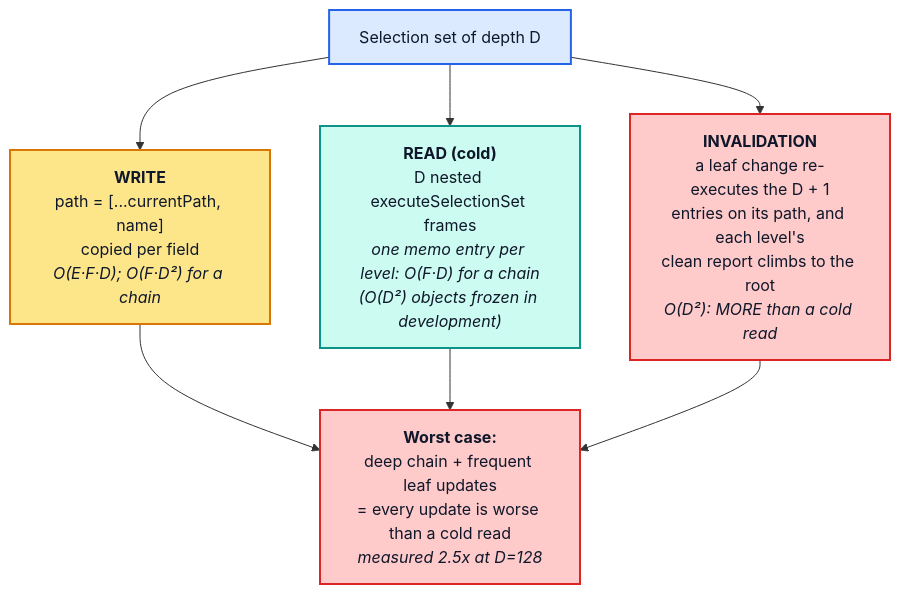
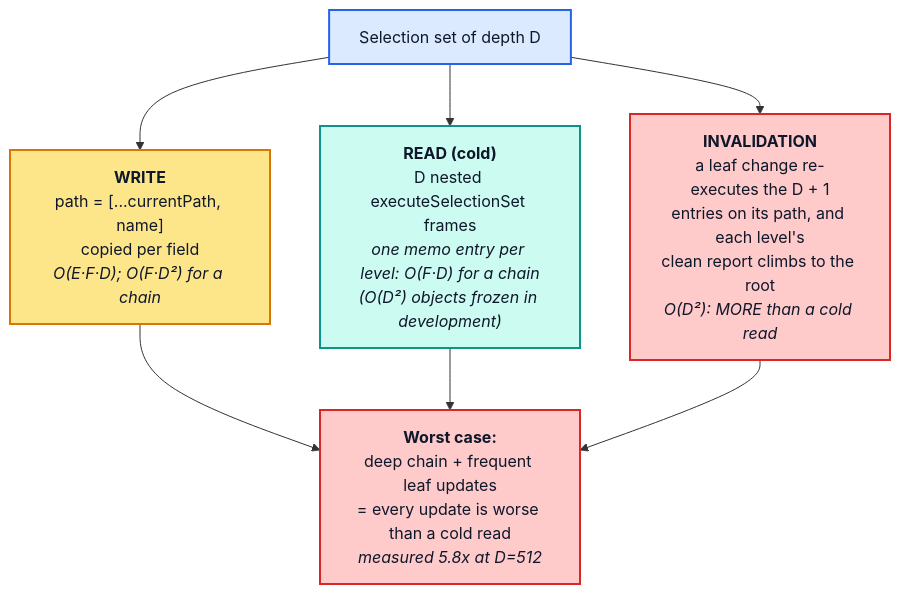
One commit to convict-git/fast-gql-cache-rs changed the first of 3 diagrams in docs/performance/07-structural-stress.md. Above: the diagram before and after it, drawn with Mermaid. The commit also changed other lines of this file and 8 other files, not shown here.

````diff
--- a/docs/performance/07-structural-stress.md
+++ b/docs/performance/07-structural-stress.md
@@ -35,17 +35,17 @@
 ```mermaid
 flowchart TB
     D["Selection set of depth D"]:::api
 
     D --> W["<b>WRITE</b><br/>path = [...currentPath, name]<br/>copied per field<br/><i>O(E·F·D); O(F·D²) for a chain</i>"]:::write
     D --> R["<b>READ (cold)</b><br/>D nested executeSelectionSet frames<br/><i>one memo entry per level: O(F·D) for a chain<br/>(O(D²) objects frozen in development)</i>"]:::read
     D --> I["<b>INVALIDATION</b><br/>a leaf change re-executes the D + 1<br/>entries on its path, and each level's<br/>clean report climbs to the root<br/><i>O(D²): MORE than a cold read</i>"]:::dirty
 
-    W --> WORST["<b>Worst case:</b><br/>deep chain + frequent leaf updates<br/>= every update is worse than a cold read<br/><i>measured 2.5x at D=128</i>"]:::dirty
+    W --> WORST["<b>Worst case:</b><br/>deep chain + frequent leaf updates<br/>= every update is worse than a cold read<br/><i>measured 5.8x at D=512</i>"]:::dirty
     R --> WORST
     I --> WORST
 
     classDef api fill:#dbeafe,stroke:#2563eb,stroke-width:2px,color:#0f172a
     classDef read fill:#ccfbf1,stroke:#0d9488,stroke-width:2px,color:#0f172a
     classDef write fill:#fde68a,stroke:#d97706,stroke-width:2px,color:#0f172a
     classDef dirty fill:#fecaca,stroke:#dc2626,stroke-width:2px,color:#0f172a
 ```
````
